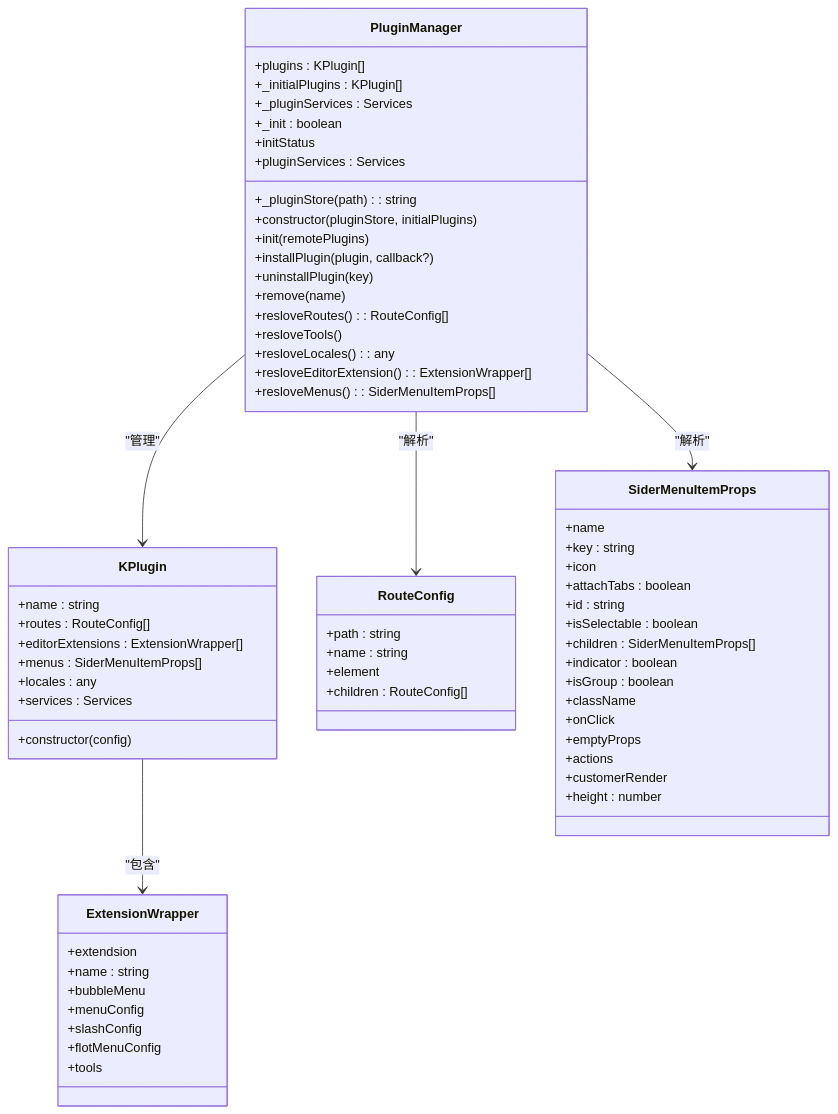
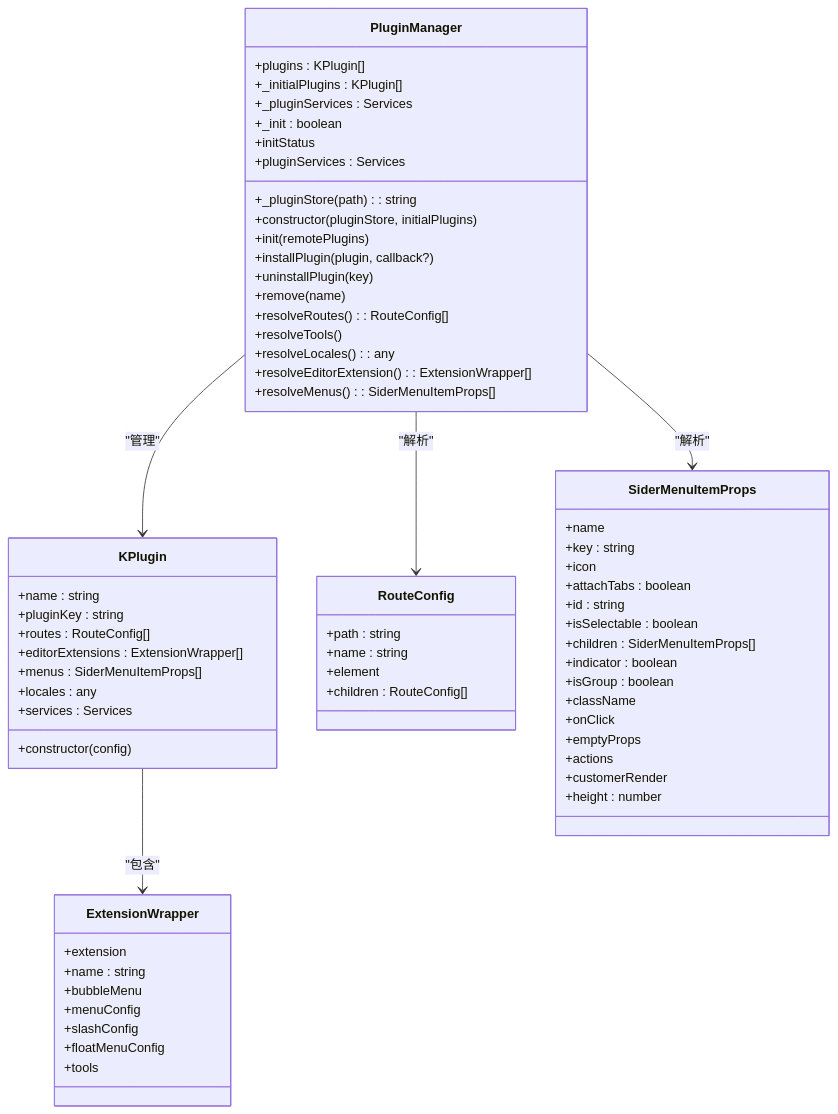
The third of 20 diagrams in .qoder/repowiki/zh/content/架构设计/插件系统架构/插件系统架构.md (LRF0422/Kotion), drawn with Mermaid before and after one commit. The commit also changed other lines of this file and 75 other files, not shown here.

````diff
--- a/.qoder/repowiki/zh/content/架构设计/插件系统架构/插件系统架构.md
+++ b/.qoder/repowiki/zh/content/架构设计/插件系统架构/插件系统架构.md
@@ -178,67 +290,68 @@
 ```mermaid
 classDiagram
 class PluginManager {
 +plugins : KPlugin[]
 +_initialPlugins : KPlugin[]
 +_pluginServices : Services
 +_pluginStore(path) : string
 +_init : boolean
 +constructor(pluginStore, initialPlugins)
 +init(remotePlugins)
 +installPlugin(plugin, callback?)
 +uninstallPlugin(key)
 +remove(name)
 +initStatus
-+resloveRoutes() : RouteConfig[]
-+resloveTools()
-+resloveLocales() : any
-+resloveEditorExtension() : ExtensionWrapper[]
-+resloveMenus() : SiderMenuItemProps[]
++resolveRoutes() : RouteConfig[]
++resolveTools()
++resolveLocales() : any
++resolveEditorExtension() : ExtensionWrapper[]
++resolveMenus() : SiderMenuItemProps[]
 +pluginServices : Services
 }
 class KPlugin {
 +name : string
++pluginKey : string
 +constructor(config)
 +routes : RouteConfig[]
 +editorExtensions : ExtensionWrapper[]
 +menus : SiderMenuItemProps[]
 +locales : any
 +services : Services
 }
 class ExtensionWrapper {
-+extendsion
++extension
 +name : string
 +bubbleMenu
 +menuConfig
 +slashConfig
-+flotMenuConfig
++floatMenuConfig
 +tools
 }
 class RouteConfig {
 +path : string
 +name : string
 +element
 +children : RouteConfig[]
 }
 class SiderMenuItemProps {
 +name
 +key : string
 +icon
 +attachTabs : boolean
 +id : string
 +isSelectable : boolean
 +children : SiderMenuItemProps[]
 +indicator : boolean
 +isGroup : boolean
 +className
 +onClick
 +emptyProps
 +actions
 +customerRender
 +height : number
 }
 PluginManager --> KPlugin : "管理"
 KPlugin --> ExtensionWrapper : "包含"
 PluginManager --> RouteConfig : "解析"
 PluginManager --> SiderMenuItemProps : "解析"
 ```
````
